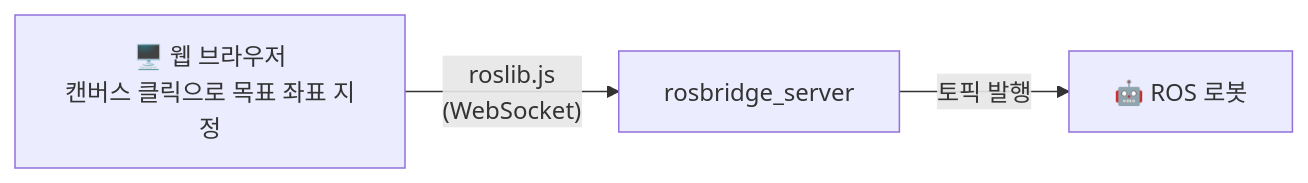
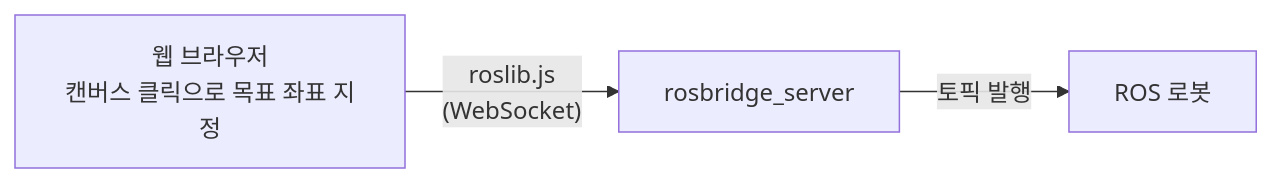
One commit to kakabab12/My_portfolio changed the diagram in 2025/02. SW파일럿 - 웹 로봇제어 UI/README.md. Above: the diagram before and after it, drawn with Mermaid. The commit also changed other lines of this file and 13 other files, not shown here.

````diff
--- a/2025/02. SW파일럿 - 웹 로봇제어 UI/README.md
+++ b/2025/02. SW파일럿 - 웹 로봇제어 UI/README.md
@@ -18,6 +18,6 @@
 ```mermaid
 flowchart LR
-    A["🖥️ 웹 브라우저<br/>캔버스 클릭으로 목표 좌표 지정"]
+    A["웹 브라우저<br/>캔버스 클릭으로 목표 좌표 지정"]
     A -->|"roslib.js<br/>(WebSocket)"| B["rosbridge_server"]
-    B -->|"토픽 발행"| C["🤖 ROS 로봇"]
+    B -->|"토픽 발행"| C["ROS 로봇"]
 ```
````
